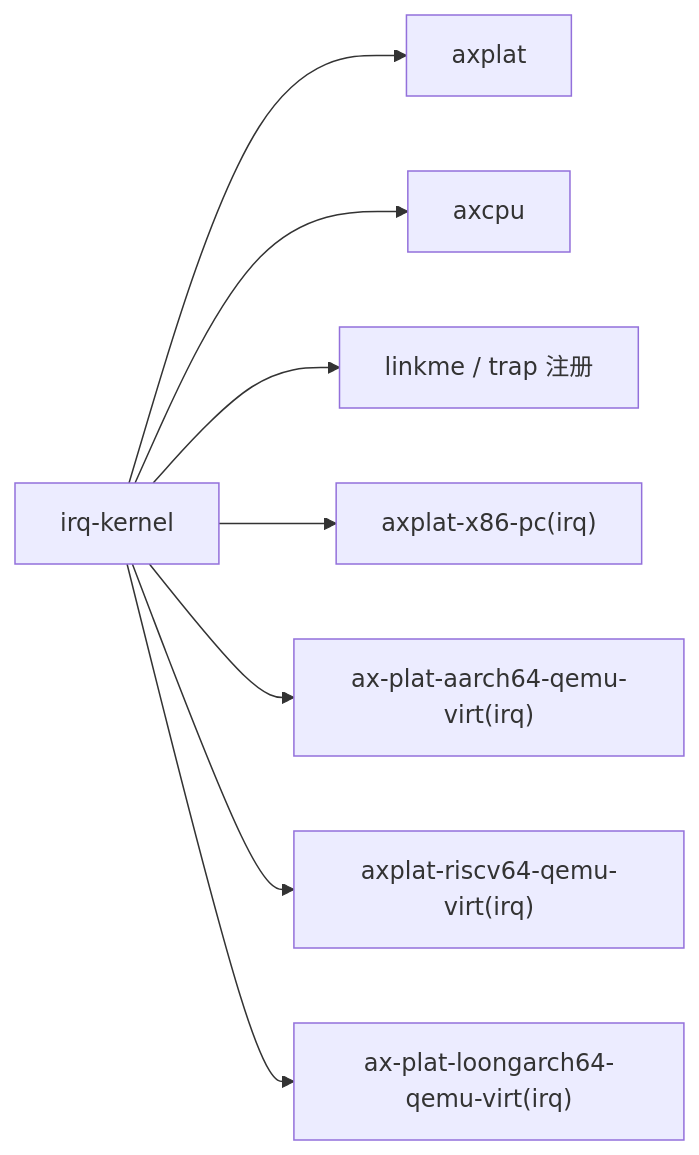
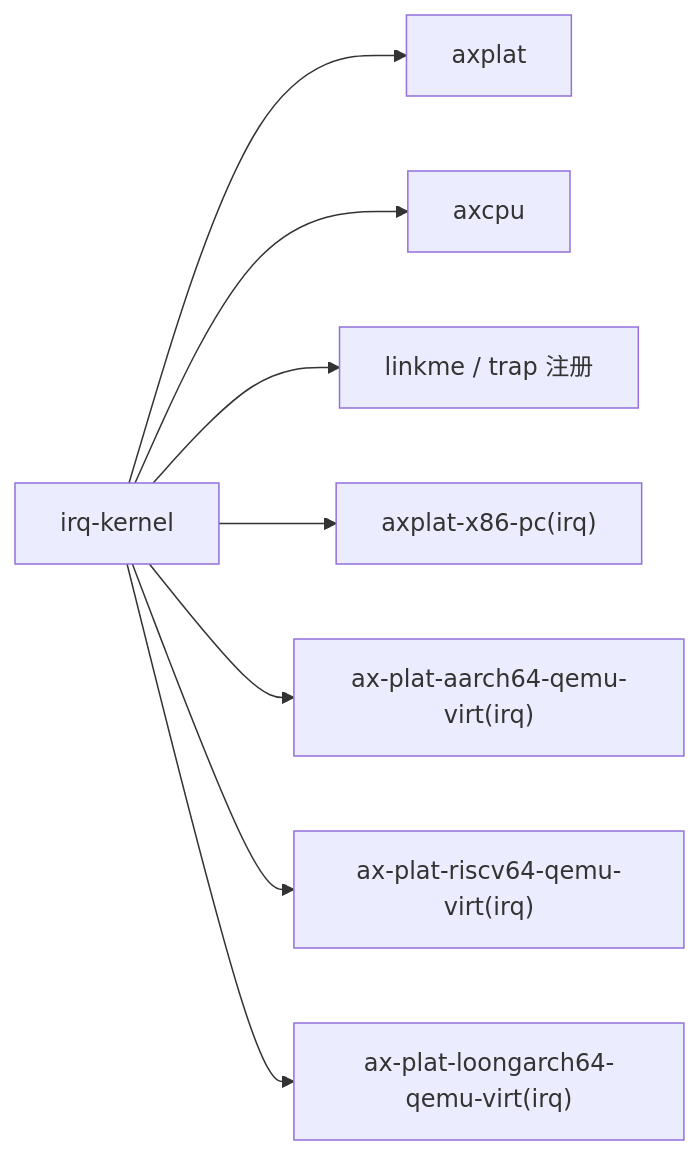
One commit to zKurisu/tgoskits changed the second of 2 diagrams in docs/crates/irq-kernel.md. Above: the diagram before and after it, drawn with Mermaid. The commit also changed 41 other files, not shown here.

Commit message:
rename axplat-riscv64-qemu-virt to ax-plat-riscv64-qemu-virt

````diff
--- a/docs/crates/irq-kernel.md
+++ b/docs/crates/irq-kernel.md
@@ -82,10 +82,10 @@
 ```mermaid
 graph LR
     sample["irq-kernel"] --> axplat["axplat"]
     sample --> axcpu["axcpu"]
     sample --> linkme["linkme / trap 注册"]
     sample --> x86["axplat-x86-pc(irq)"]
     sample --> a64["ax-plat-aarch64-qemu-virt(irq)"]
-    sample --> rv["axplat-riscv64-qemu-virt(irq)"]
+    sample --> rv["ax-plat-riscv64-qemu-virt(irq)"]
     sample --> loong["ax-plat-loongarch64-qemu-virt(irq)"]
 ```
````
